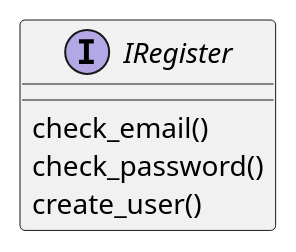
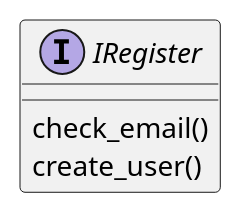
The first of 14 diagrams in doc/notes_interfaces.org (bugagashen6ka/quark), drawn with PlantUML before and after one commit. The commit also changed other lines of this file and 4 other files, not shown here.

```diff
--- a/doc/notes_interfaces.org
+++ b/doc/notes_interfaces.org
@@ -2,7 +2,6 @@
   #+begin_src plantuml :file ./iregister.png
   interface IRegister {
     check_email()
-    check_password()
     create_user()
   }
   #+END_src
```
